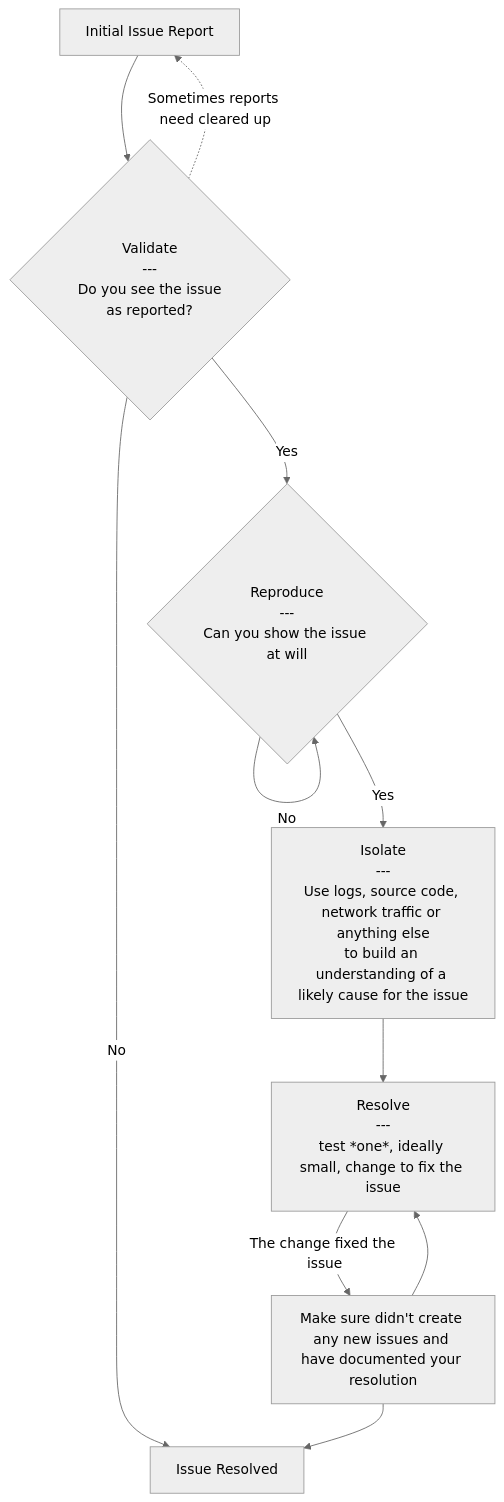
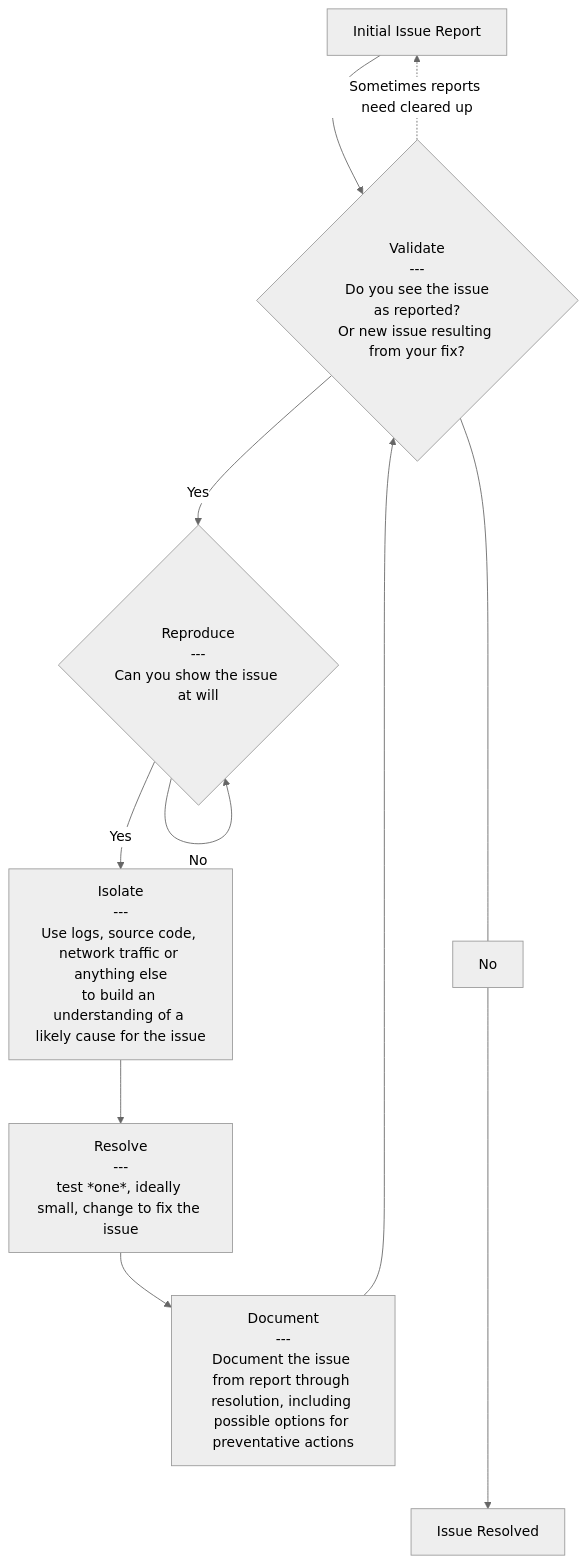
One commit to gnorton-missioncloud/technical_training_docs changed the diagram in troubleshooting/README.md. Above: the diagram before and after it, drawn with Mermaid (neutral theme).

Commit message:
Reworked the diagram some

````diff
--- a/troubleshooting/README.md
+++ b/troubleshooting/README.md
@@ -11,28 +11,24 @@
 ```mermaid
 ---
 The Troubleshooting Cycle
 ---
 flowchart TB
  report[Initial Issue Report]
- validate{"Validate\n---\n Do you see the issue as reported?"}
+ validate{"Validate\n---\n Do you see the issue as reported?\nOr new issue resulting from your fix?"}
  reproduce{"Reproduce\n---\nCan you show the issue at will"}
  isolate["Isolate\n---\nUse logs, source code, network traffic or anything else\nto build an understanding of a likely cause for the issue"]
  resolve["Resolve\n---\ntest *one*, ideally small, change to fix the issue"]
- cleanup[Make sure didn't create any new issues and have documented your resolution]
+ document["Document\n---\nDocument the issue from report through resolution, including possible options for preventative actions"]
  done[Issue Resolved]
 
  report-->validate
 
  validate-. Sometimes reports need cleared up .->report
  validate-- Yes -->reproduce
- validate-- No -->done
+ validate---- No ---->done
 
  reproduce-- No -->reproduce
  reproduce-- Yes -->isolate
 
- isolate-->resolve
-
- resolve-- The change fixed the issue -->cleanup
- cleanup--> resolve
- cleanup-->done
+ isolate-->resolve-->document-->validate
 ```
````
